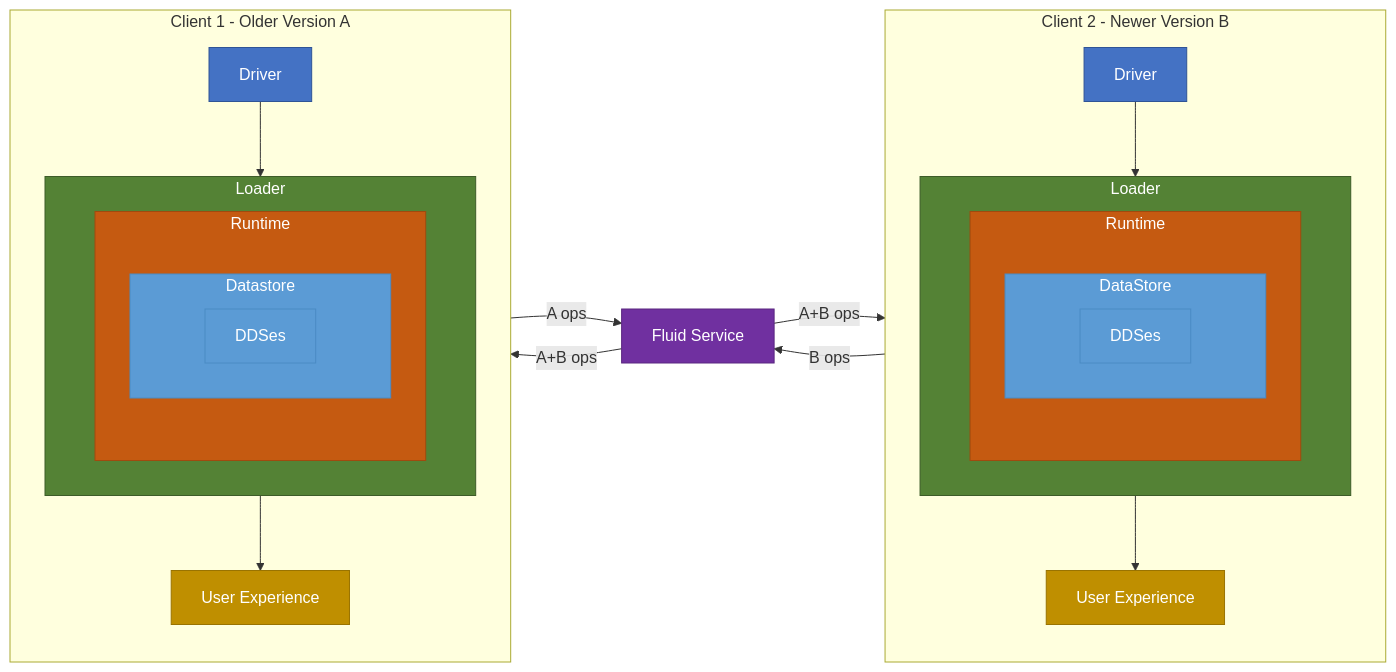
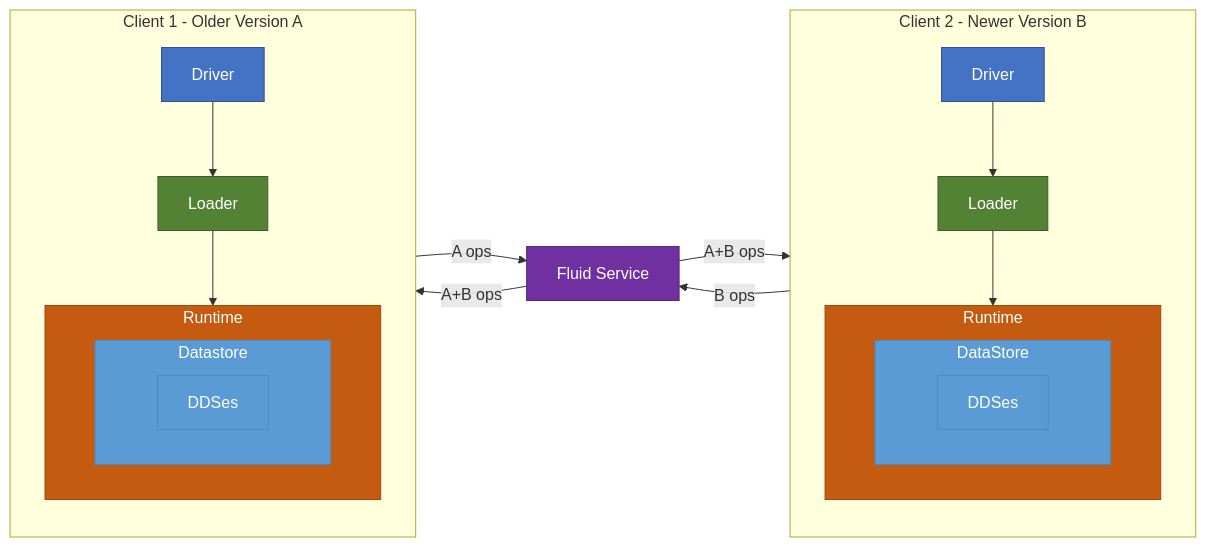
Before and after one commit to microsoft/FluidFramework: the third of 3 diagrams in FluidCompatibilityConsiderations.md, drawn with Mermaid. The commit also changed other lines of this file, not shown here.

Commit message:
Update layers in client

````diff
--- a/FluidCompatibilityConsiderations.md
+++ b/FluidCompatibilityConsiderations.md
@@ -106,55 +102,49 @@
 ```mermaid
 graph LR
     subgraph Client2[Client 2 - Newer Version B]
-        UX2[User Experience]
         Driver2[Driver]
-        subgraph Loader2[Loader]
-            subgraph Runtime2[Runtime]
-                subgraph DataStore2[DataStore]
-                    DDSes2[DDSes]
-                end
+        Loader2[Loader]
+        subgraph Runtime2[Runtime]
+            subgraph DataStore2[DataStore]
+                DDSes2[DDSes]
             end
         end
     end
 
     subgraph Client1[Client 1 - Older Version A]
-        UX1[User Experience]
         Driver1[Driver]
-        subgraph Loader1[Loader]
-            subgraph Runtime1[Runtime]
-                subgraph DataStore1[Datastore]
-                    DDSes1[DDSes]
-                end
+        Loader1[Loader]
+        subgraph Runtime1[Runtime]
+            subgraph DataStore1[Datastore]
+                DDSes1[DDSes]
             end
         end
     end
 
     FFS[Fluid Service]
 
-    Loader1 --> UX1
     Driver1 --> Loader1
+    Loader1 --> Runtime1
 
-    Loader2 --> UX2
     Driver2 --> Loader2
+    Loader2 --> Runtime2
 
     Client1 --A ops--> FFS
     Client2 --B ops--> FFS
     FFS --A+B ops--> Client1
     FFS --A+B ops--> Client2
 
-    style UX1 fill:#bf8f00,stroke:#997300,color:#fff
     style Driver1 fill:#4472c4,stroke:#2f5496,color:#fff
     style Loader1 fill:#548235,stroke:#3d5c28,color:#fff
     style Runtime1 fill:#c55a11,stroke:#a04a0e,color:#fff
     style DataStore1 fill:#5b9bd5,stroke:#4a8bc4,color:#fff
     style DDSes1 fill:#5b9bd5,stroke:#4a8bc4,color:#fff,stroke-width:1px
 
-    style UX2 fill:#bf8f00,stroke:#997300,color:#fff
     style Driver2 fill:#4472c4,stroke:#2f5496,color:#fff
     style Loader2 fill:#548235,stroke:#3d5c28,color:#fff
     style Runtime2 fill:#c55a11,stroke:#a04a0e,color:#fff
     style DataStore2 fill:#5b9bd5,stroke:#4a8bc4,color:#fff
     style DDSes2 fill:#5b9bd5,stroke:#4a8bc4,color:#fff,stroke-width:1px
 
     style FFS fill:#7030a0,stroke:#5a2680,color:#fff
 ```
````
